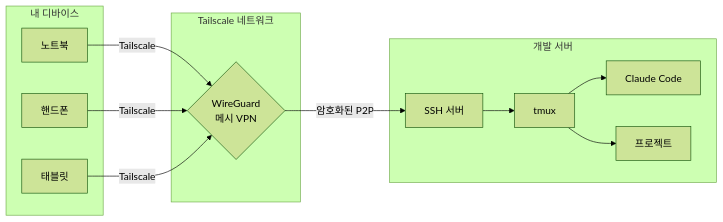
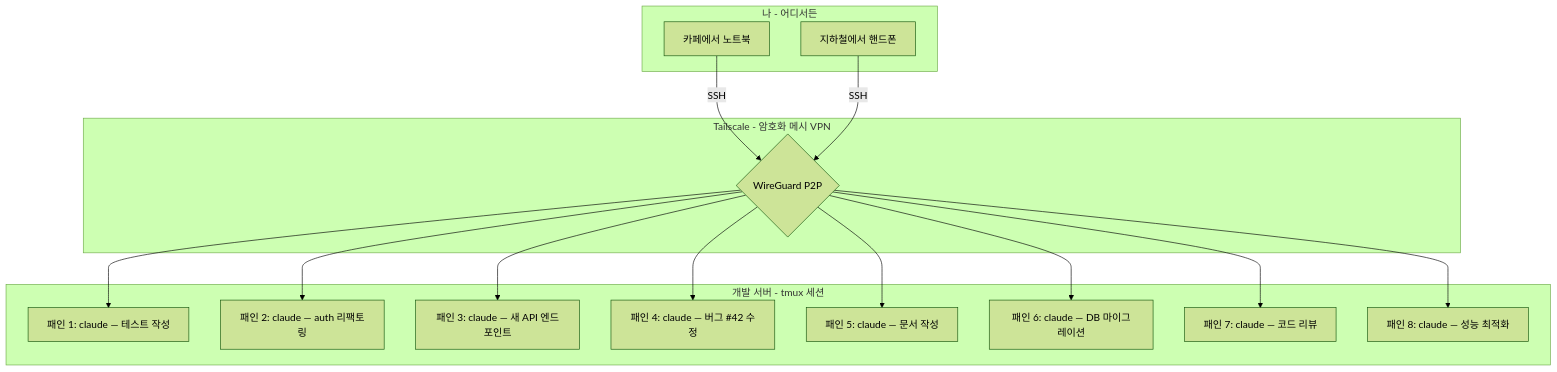
Before and after one commit to KoreanThinker/tailscale-ssh-tmux-claude-code: the first of 2 diagrams in README.ko.md, drawn with Mermaid (forest theme). The commit also changed other lines of this file and 4 other files, not shown here.

First line of the commit message:
refactor: 핵심 콘셉트를 'Claude Code 8개 동시 실행'으로 전면 변경

````diff
--- a/README.ko.md
+++ b/README.ko.md
@@ -111,27 +16,26 @@
 ```mermaid
-graph LR
-    subgraph 내 디바이스
-        A[노트북]
-        B[핸드폰]
-        C[태블릿]
+graph TB
+    subgraph 나 - 어디서든
+        A[카페에서 노트북]
+        B[지하철에서 핸드폰]
     end
 
-    subgraph Tailscale 네트워크
-        D{WireGuard<br/>메시 VPN}
+    subgraph Tailscale - 암호화 메시 VPN
+        C{WireGuard P2P}
     end
 
-    subgraph 개발 서버
-        E[SSH 서버]
-        F[tmux]
-        G[Claude Code]
-        H[프로젝트]
+    subgraph 개발 서버 - tmux 세션
+        D["패인 1: claude — 테스트 작성"]
+        E["패인 2: claude — auth 리팩토링"]
+        F["패인 3: claude — 새 API 엔드포인트"]
+        G["패인 4: claude — 버그 #42 수정"]
+        H["패인 5: claude — 문서 작성"]
+        I["패인 6: claude — DB 마이그레이션"]
+        J["패인 7: claude — 코드 리뷰"]
+        K["패인 8: claude — 성능 최적화"]
     end
 
-    A -->|Tailscale| D
-    B -->|Tailscale| D
-    C -->|Tailscale| D
-    D -->|암호화된 P2P| E
-    E --> F
-    F --> G
-    F --> H
+    A -->|SSH| C
+    B -->|SSH| C
+    C --> D & E & F & G & H & I & J & K
 ```
````
